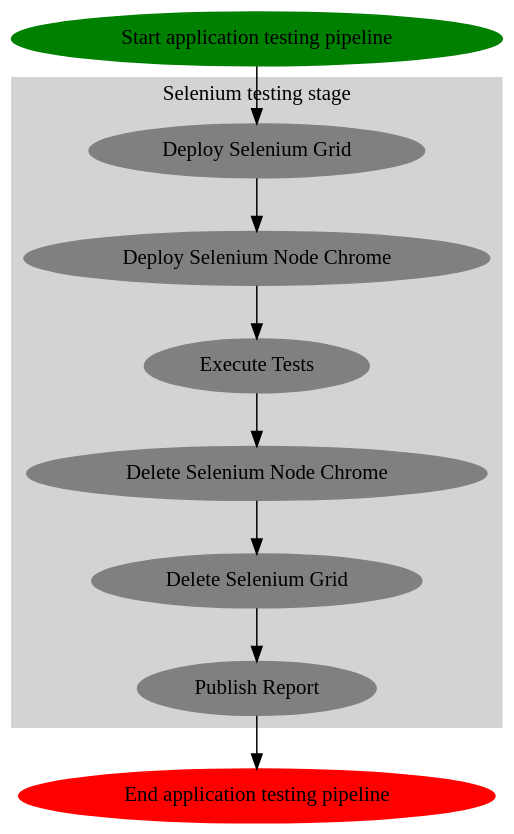
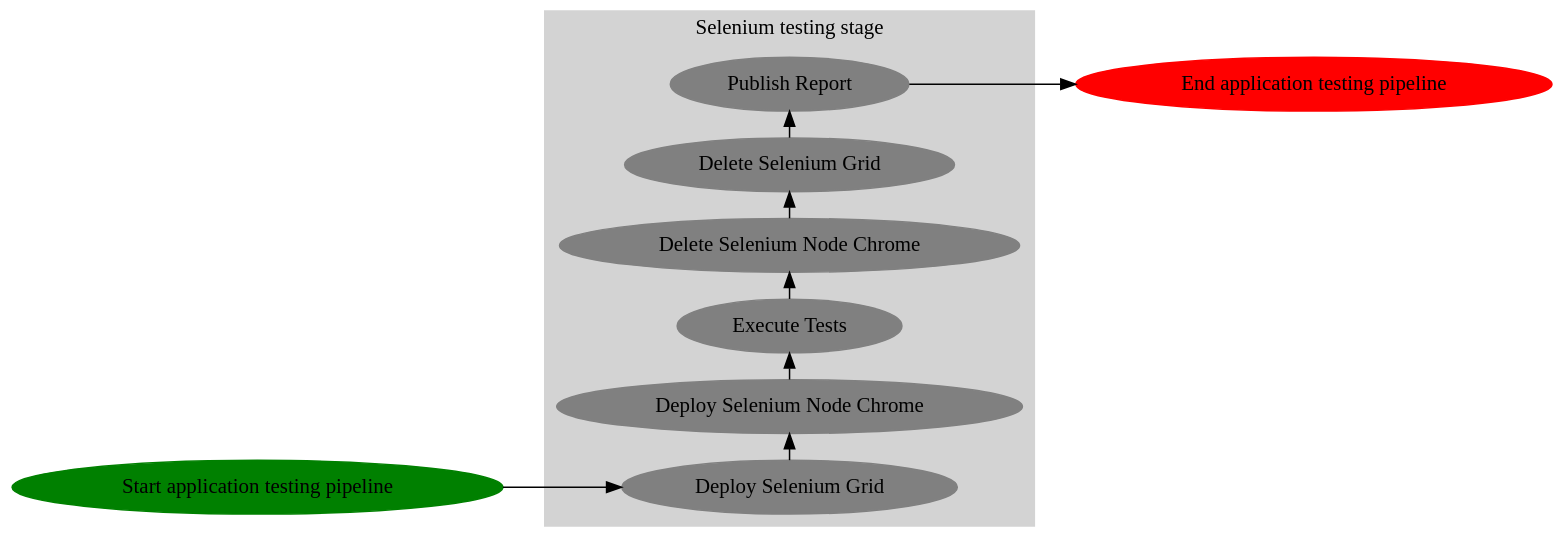
The diagram in 2024-03-14-scalable-selenium-pipelines/README.org (jmhbnz/talks), drawn with Graphviz before and after one commit. The commit also changed other lines of this file, not shown here.

```diff
--- a/2024-03-14-scalable-selenium-pipelines/README.org
+++ b/2024-03-14-scalable-selenium-pipelines/README.org
@@ -22,19 +22,22 @@
 #+begin_src dot :exports none :results silent
 digraph G {
+  newrank=true
+  rankdir=LR;
   bgcolor="transparent"
   subgraph cluster_0 {
+    rank=same;
     style=filled;
     color=lightgrey;
     node [style=filled,color=gray];
     "Deploy Selenium Grid" -> "Deploy Selenium Node Chrome" -> "Execute Tests" -> "Delete Selenium Node Chrome" -> "Delete Selenium Grid" -> "Publish Report";
     label = "Selenium testing stage";
   }
 
   start -> "Deploy Selenium Grid";
 
   "Publish Report" -> end;
 
   start [style=filled, color=green, label="Start application testing pipeline"];
   end [style=filled, color=red, label = "End application testing pipeline"];
 }
 #+end_src
```
